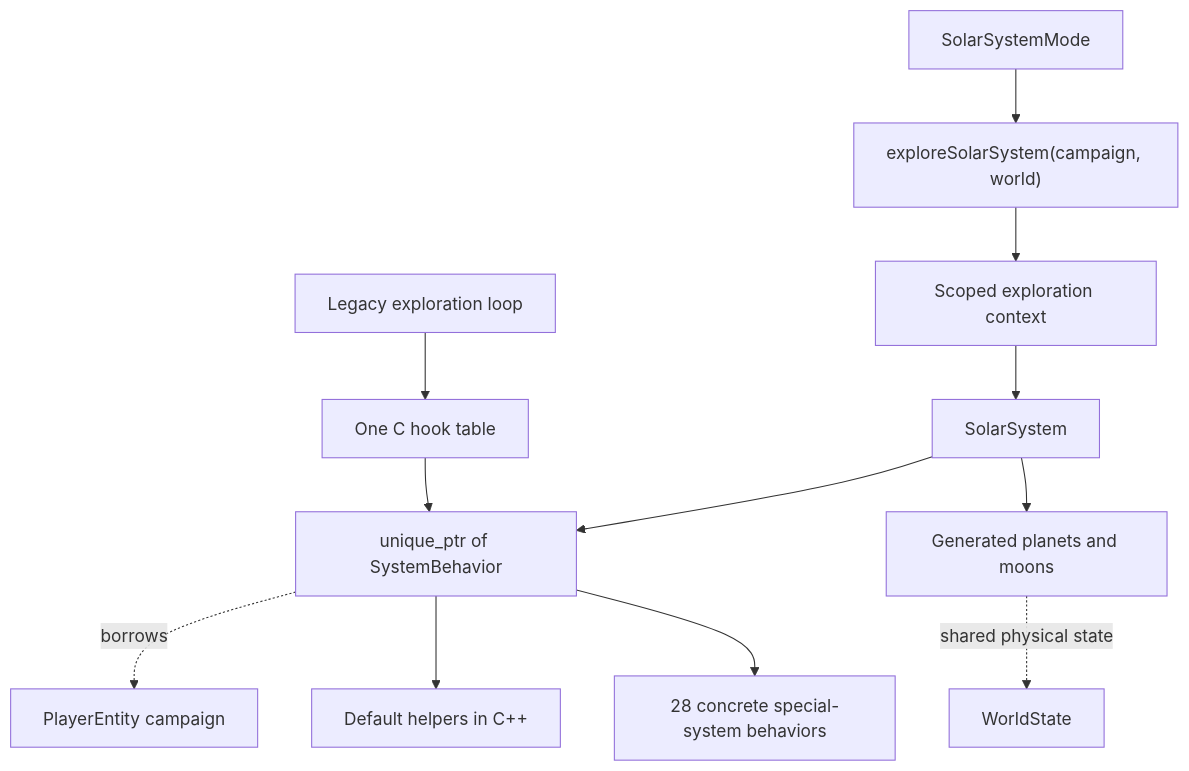
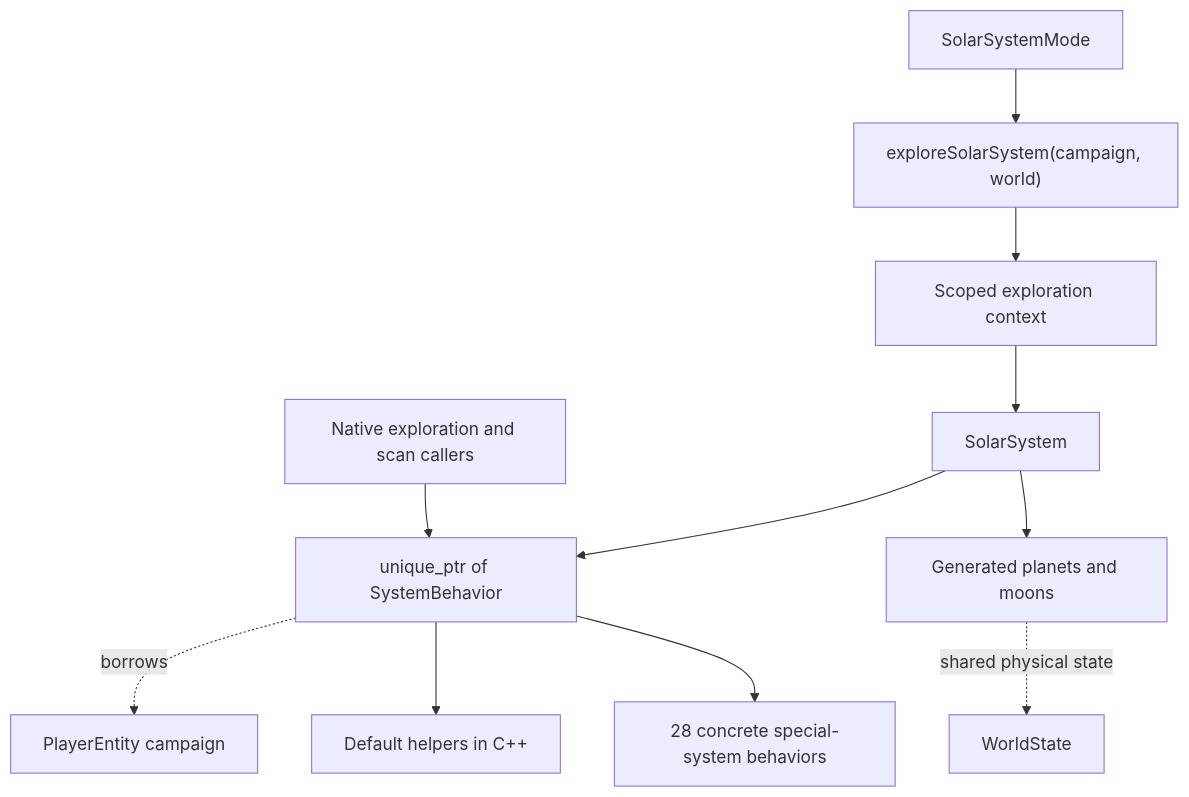
The diagram in docs/design/solar-system/system-behavior.md (yost-jacob/uqm-cpp17), drawn with Mermaid before and after one commit. The commit also changed other lines of this file and 6 other files, not shown here.

````diff
--- a/docs/design/solar-system/system-behavior.md
+++ b/docs/design/solar-system/system-behavior.md
@@ -8,14 +12,13 @@
 ```mermaid
 flowchart TD
     Mode["SolarSystemMode"] --> Entry["exploreSolarSystem(campaign, world)"]
     Entry --> Context["Scoped exploration context"]
     Context --> System["SolarSystem"]
     System --> Behavior["unique_ptr of SystemBehavior"]
     Behavior -. borrows .-> Campaign["PlayerEntity campaign"]
     System --> Worlds["Generated planets and moons"]
     Worlds -. shared physical state .-> State["WorldState"]
-    C["Legacy exploration loop"] --> Bridge["One C hook table"]
-    Bridge --> Behavior
+    C["Native exploration and scan callers"] --> Behavior
     Behavior --> Default["Default helpers in C++"]
     Behavior --> Special["28 concrete special-system behaviors"]
 ```
````
